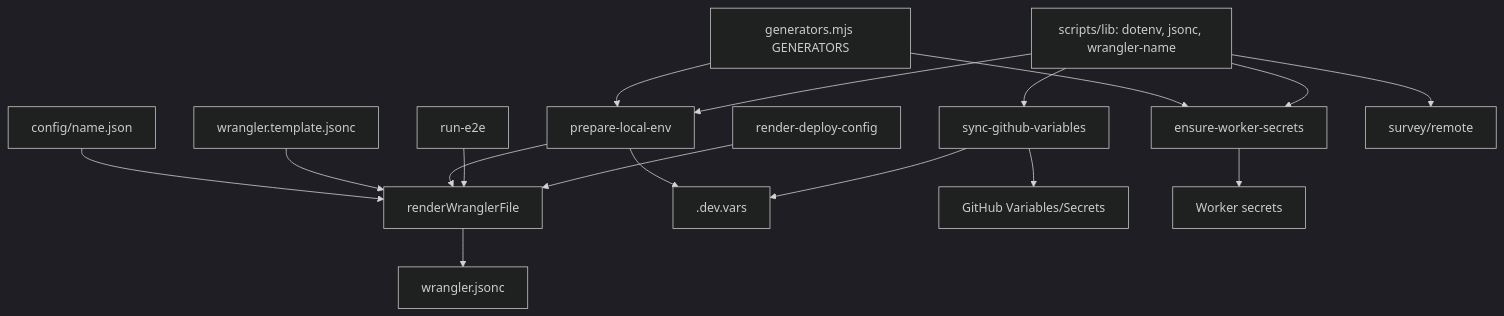
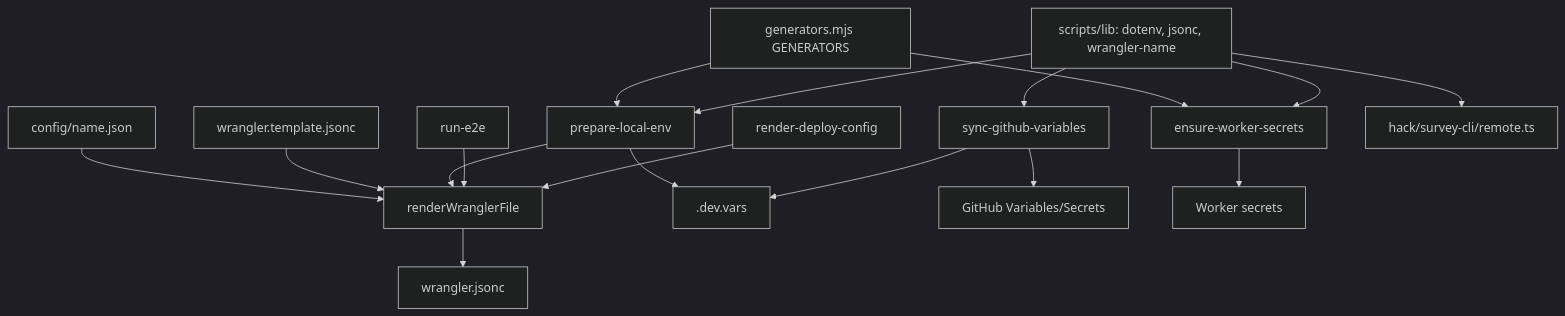
Before and after one commit to nekono-dev/skyshare: the diagram in .kiro/specs/ops-config-secrets/design.md, drawn with Mermaid (dark theme). The commit also changed other lines of this file and 46 other files, not shown here.

````diff
--- a/.kiro/specs/ops-config-secrets/design.md
+++ b/.kiro/specs/ops-config-secrets/design.md
@@ -31,19 +31,19 @@
 ```mermaid
 graph TD
   Config[config/name.json] --> Render[renderWranglerFile]
   Template[wrangler.template.jsonc] --> Render
   Render --> Wrangler[wrangler.jsonc]
   Prepare[prepare-local-env] --> Render
   E2E[run-e2e] --> Render
   Deploy[render-deploy-config] --> Render
   Generators[generators.mjs GENERATORS] --> Prepare
   Generators --> Ensure[ensure-worker-secrets]
   Prepare --> DevVars[.dev.vars]
   Sync[sync-github-variables] --> DevVars
   Sync --> GitHub[GitHub Variables/Secrets]
   Ensure --> Worker[Worker secrets]
   Lib[scripts/lib: dotenv, jsonc, wrangler-name] --> Prepare
   Lib --> Sync
   Lib --> Ensure
-  Lib --> Survey[survey/remote]
+  Lib --> Survey[hack/survey-cli/remote.ts]
 ```
````
